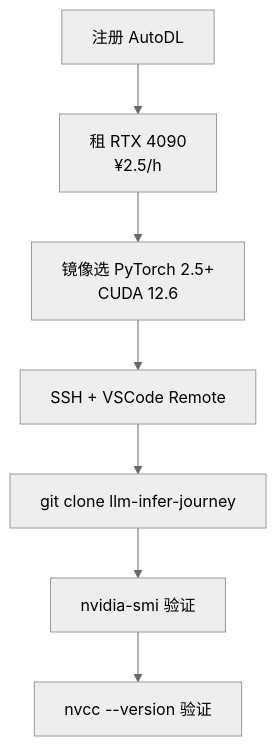
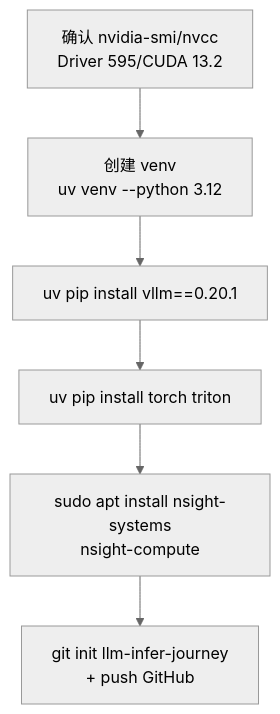
The second of 5 diagrams in 02-week1.md (Xuefei-Zhang/llm-infer-journey), drawn with Mermaid (neutral theme) before and after one commit. The commit also changed other lines of this file and 11 other files, not shown here.

````diff
--- a/02-week1.md
+++ b/02-week1.md
@@ -36,9 +36,8 @@
 ```mermaid
 graph TD
-    A[注册 AutoDL] --> B[租 RTX 4090<br/>¥2.5/h]
-    B --> C[镜像选 PyTorch 2.5+<br/>CUDA 12.6]
-    C --> D[SSH + VSCode Remote]
-    D --> E[git clone llm-infer-journey]
-    E --> F[nvidia-smi 验证]
-    F --> G[nvcc --version 验证]
+    A[确认 nvidia-smi/nvcc<br/>Driver 595/CUDA 13.2] --> B[创建 venv<br/>uv venv --python 3.12]
+    B --> C[uv pip install vllm==0.20.1]
+    C --> D[uv pip install torch triton]
+    D --> E[sudo apt install nsight-systems<br/>nsight-compute]
+    E --> F[git init llm-infer-journey<br/>+ push GitHub]
 ```
````
